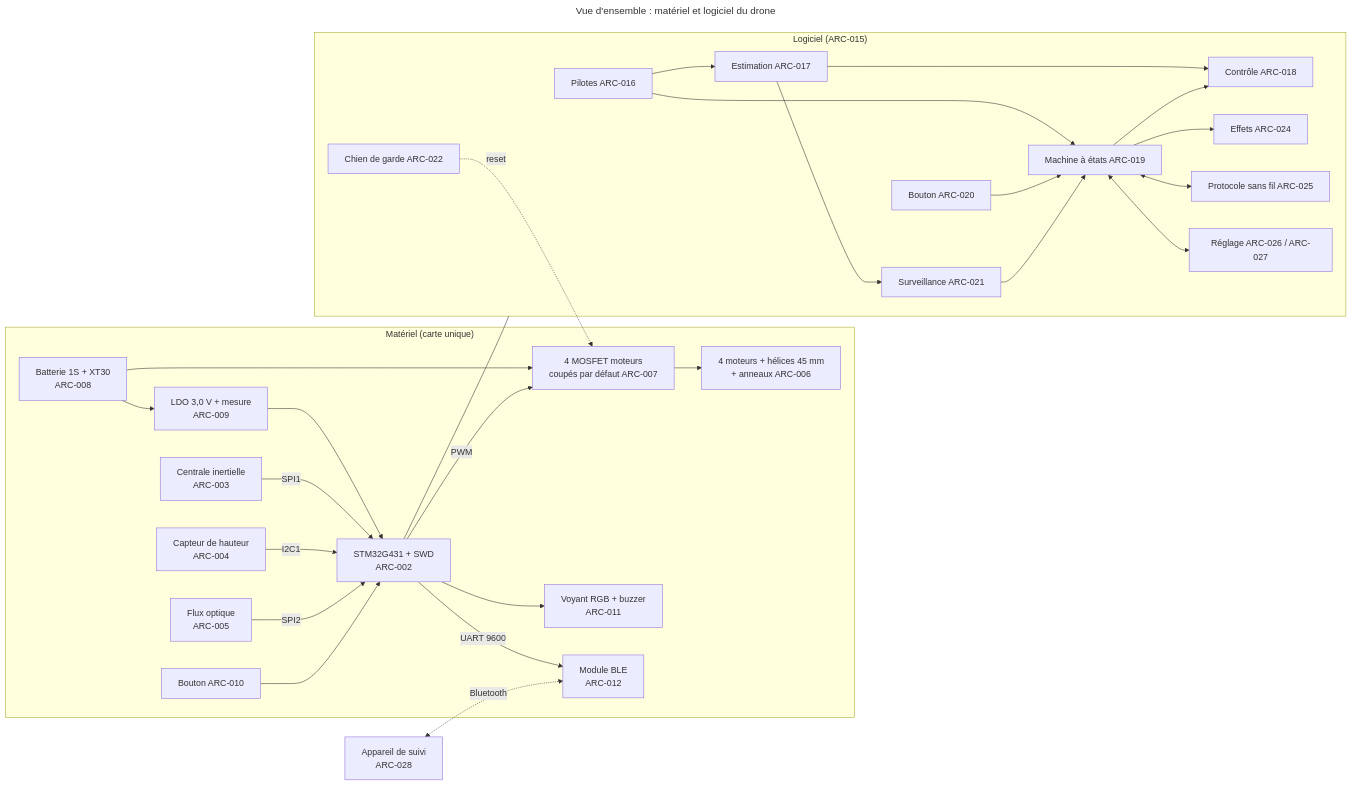
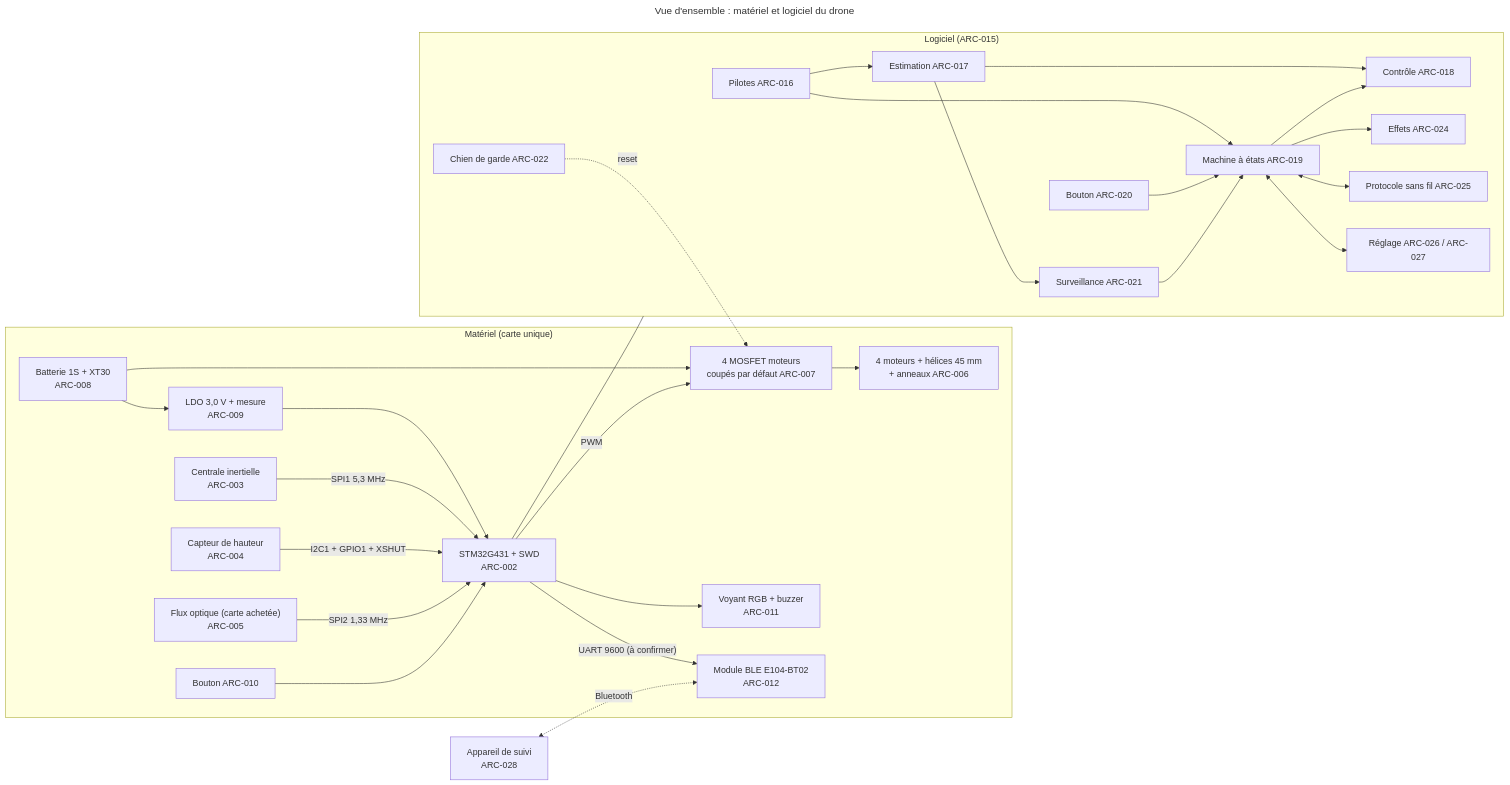
The first of 3 diagrams in projets/boomrone/03-architecture.md (thourymatthieu-png/coworker_archi_system), drawn with Mermaid before and after one commit. The commit also changed other lines of this file and 6 other files, not shown here.

First line of the commit message:
Boomrone : architecture révisée, contraintes JLCPCB, DEC-234 à DEC-244, 29 TI

````diff
--- a/projets/boomrone/03-architecture.md
+++ b/projets/boomrone/03-architecture.md
@@ -13,34 +14,34 @@
 ```mermaid
 ---
 title: "Vue d'ensemble : matériel et logiciel du drone"
 ---
 flowchart LR
     subgraph MAT["Matériel (carte unique)"]
         BAT["Batterie 1S + XT30<br/>ARC-008"] --> LDO["LDO 3,0 V + mesure<br/>ARC-009"]
         BAT --> MOS["4 MOSFET moteurs<br/>coupés par défaut ARC-007"]
         MOS --> MOT["4 moteurs + hélices 45 mm<br/>+ anneaux ARC-006"]
         LDO --> MCU["STM32G431 + SWD<br/>ARC-002"]
-        IMU["Centrale inertielle<br/>ARC-003"] -- "SPI1" --> MCU
-        TOF["Capteur de hauteur<br/>ARC-004"] -- "I2C1" --> MCU
-        FLX["Flux optique<br/>ARC-005"] -- "SPI2" --> MCU
+        IMU["Centrale inertielle<br/>ARC-003"] -- "SPI1 5,3 MHz" --> MCU
+        TOF["Capteur de hauteur<br/>ARC-004"] -- "I2C1 + GPIO1 + XSHUT" --> MCU
+        FLX["Flux optique (carte achetée)<br/>ARC-005"] -- "SPI2 1,33 MHz" --> MCU
         BTN["Bouton ARC-010"] --> MCU
         MCU -- "PWM" --> MOS
         MCU --> LED["Voyant RGB + buzzer<br/>ARC-011"]
-        MCU -- "UART 9600" --> BLE["Module BLE<br/>ARC-012"]
+        MCU -- "UART 9600 (à confirmer)" --> BLE["Module BLE E104-BT02<br/>ARC-012"]
     end
     subgraph LOG["Logiciel (ARC-015)"]
         DRV["Pilotes ARC-016"] --> EST["Estimation ARC-017"]
         EST --> CTL["Contrôle ARC-018"]
         DRV --> FSM["Machine à états ARC-019"]
         BUT["Bouton ARC-020"] --> FSM
         SAF["Surveillance ARC-021"] --> FSM
         EST --> SAF
         FSM --> CTL
         FSM --> EFF["Effets ARC-024"]
         FSM <--> RAD["Protocole sans fil ARC-025"]
         FSM <--> TUN["Réglage ARC-026 / ARC-027"]
         WDG["Chien de garde ARC-022"] -. "reset" .-> MOS
     end
     PC["Appareil de suivi<br/>ARC-028"] <-. "Bluetooth" .-> BLE
     MCU --- LOG
 ```
````
